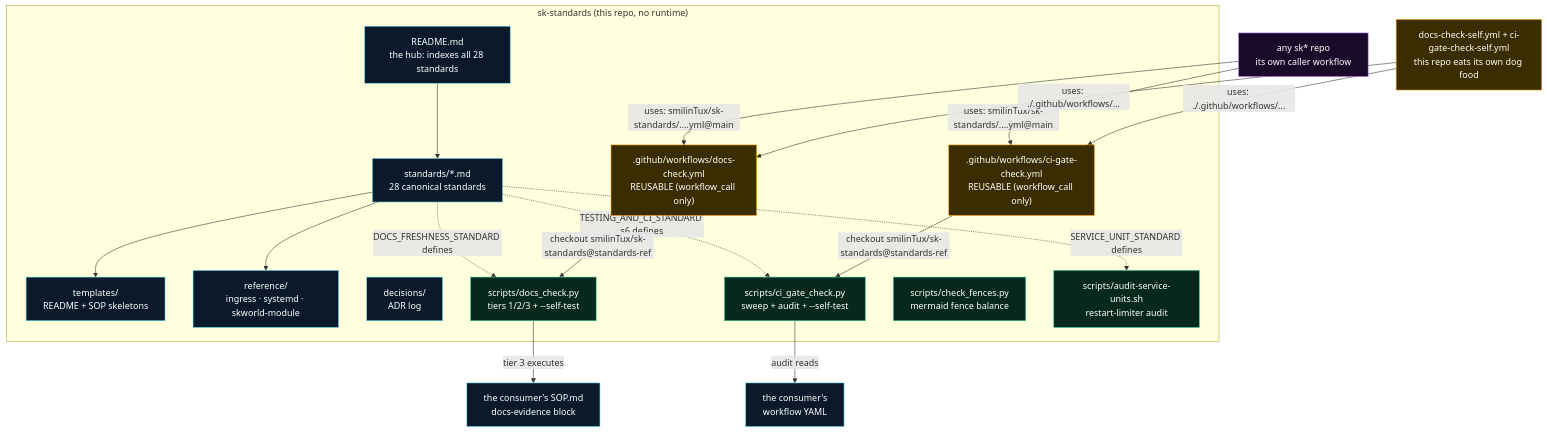
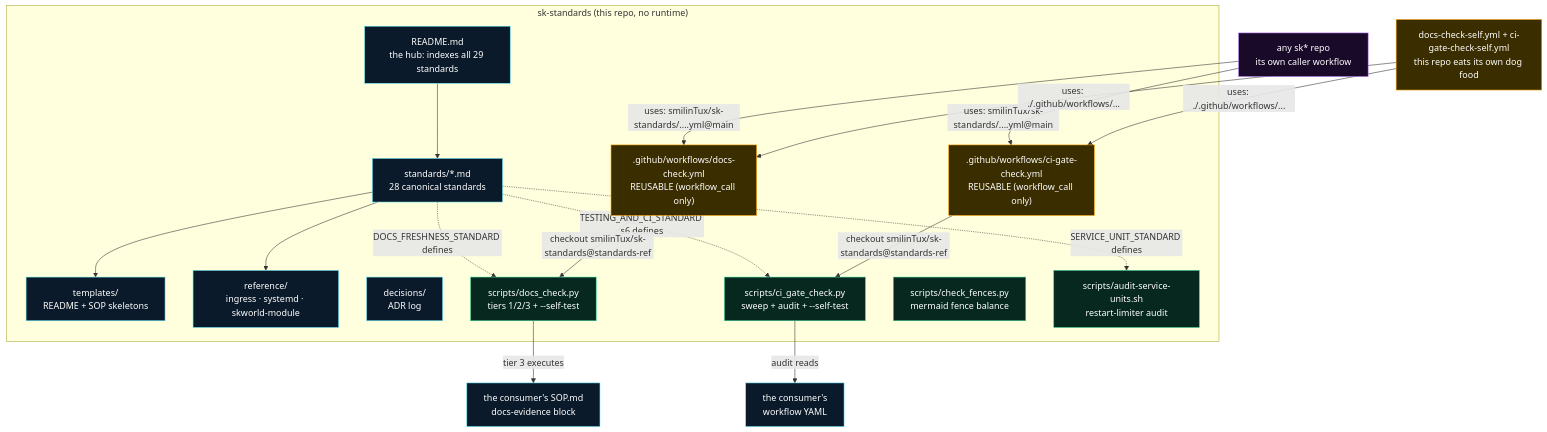
The first of 2 diagrams in SOP.md (smilinTux/sk-standards), drawn with Mermaid before and after one commit. The commit also changed other lines of this file and 9 other files, not shown here.

First line of the commit message:
standards: add SKMEMORY_NODE_CONFIG_STANDARD with architecture diagrams

````diff
--- a/SOP.md
+++ b/SOP.md
@@ -91,39 +91,39 @@
 ```mermaid
 flowchart TD
     subgraph skstd["sk-standards (this repo, no runtime)"]
-      README["README.md<br/>the hub: indexes all 28 standards"]:::doc
+      README["README.md<br/>the hub: indexes all 29 standards"]:::doc
       STD["standards/*.md<br/>28 canonical standards"]:::doc
       TPL["templates/<br/>README + SOP skeletons"]:::doc
       REF["reference/<br/>ingress · systemd · skworld-module"]:::doc
       ADR["decisions/<br/>ADR log"]:::doc
       DC["scripts/docs_check.py<br/>tiers 1/2/3 + --self-test"]:::val
       CG["scripts/ci_gate_check.py<br/>sweep + audit + --self-test"]:::val
       CF["scripts/check_fences.py<br/>mermaid fence balance"]:::val
       AU["scripts/audit-service-units.sh<br/>restart-limiter audit"]:::val
       RW[".github/workflows/docs-check.yml<br/>REUSABLE (workflow_call only)"]:::gate
       RC[".github/workflows/ci-gate-check.yml<br/>REUSABLE (workflow_call only)"]:::gate
     end
 
     SELF["docs-check-self.yml + ci-gate-check-self.yml<br/>this repo eats its own dog food"]:::gate
     CONS["any sk* repo<br/>its own caller workflow"]:::consumer
 
     README --> STD
     STD --> TPL
     STD --> REF
     STD -. "DOCS_FRESHNESS_STANDARD defines" .-> DC
     STD -. "TESTING_AND_CI_STANDARD s6 defines" .-> CG
     STD -. "SERVICE_UNIT_STANDARD defines" .-> AU
     RW -->|"checkout smilinTux/sk-standards@standards-ref"| DC
     RC -->|"checkout smilinTux/sk-standards@standards-ref"| CG
     CONS -->|"uses: smilinTux/sk-standards/....yml@main"| RW
     CONS -->|"uses: smilinTux/sk-standards/....yml@main"| RC
     SELF -->|"uses: ./.github/workflows/..."| RW
     SELF -->|"uses: ./.github/workflows/..."| RC
     DC -->|"tier 3 executes"| EV["the consumer's SOP.md<br/>docs-evidence block"]:::doc
     CG -->|"audit reads"| WF["the consumer's<br/>workflow YAML"]:::doc
 
     classDef doc fill:#0a1a2a,stroke:#67e8f9,color:#fff;
     classDef val fill:#06281e,stroke:#34d399,color:#fff;
     classDef gate fill:#3a2d00,stroke:#ffa500,color:#fff;
     classDef consumer fill:#1a0a2a,stroke:#c084fc,color:#fff;
 ```
````
